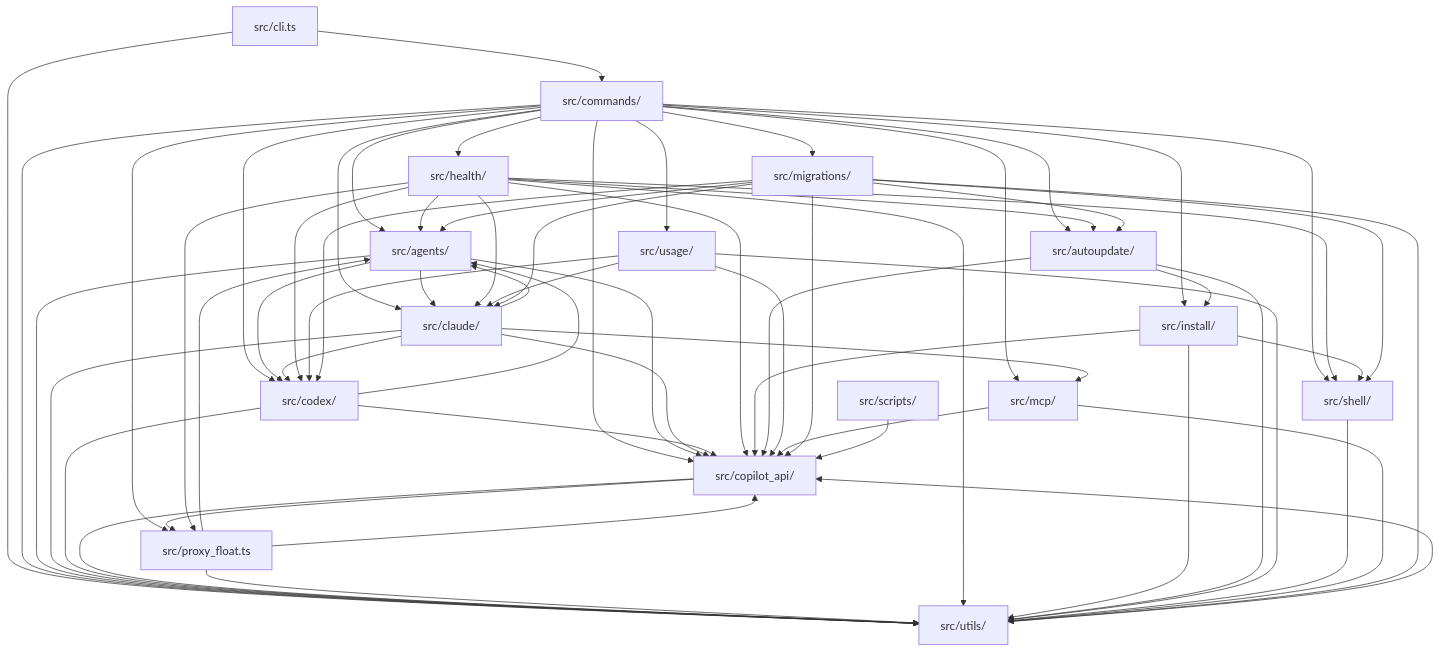
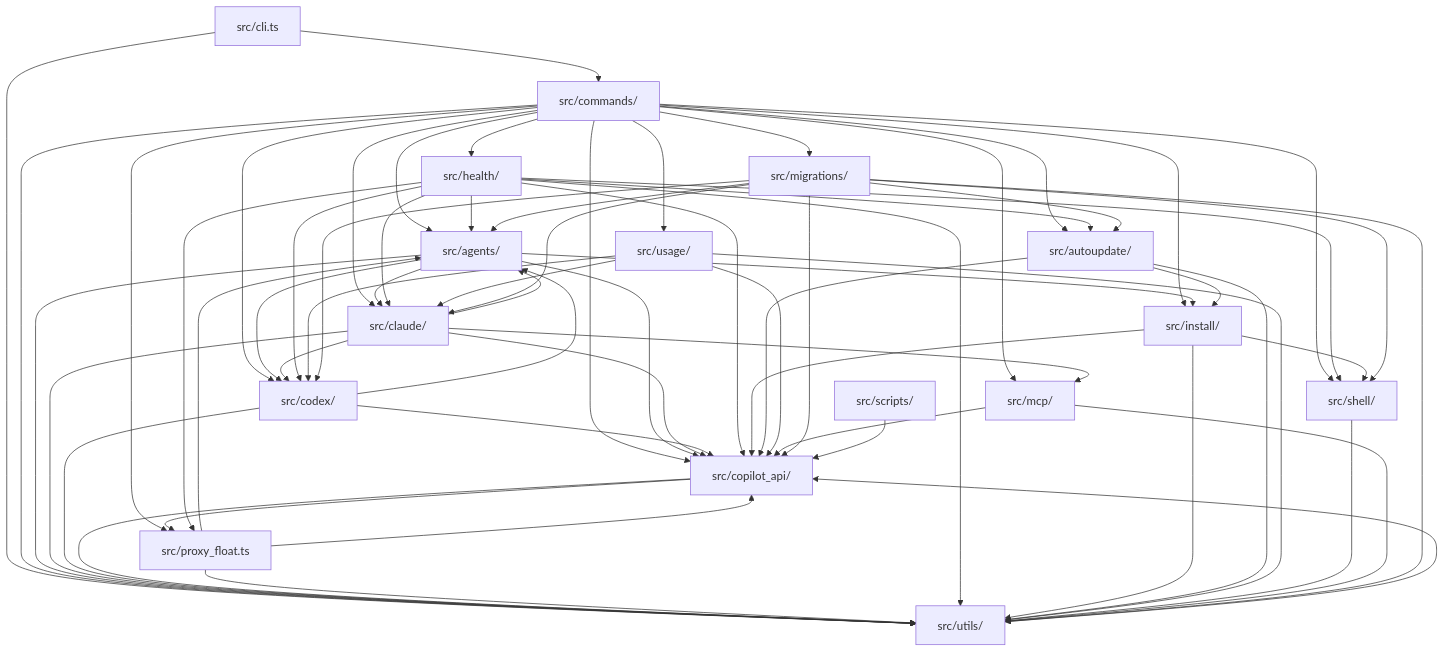
One commit to Vivswan/copilot-env changed the eighth of 8 diagrams in docs/architecture.md. Above: the diagram before and after it, drawn with Mermaid. The commit also changed 67 other files, not shown here.

````diff
--- a/docs/architecture.md
+++ b/docs/architecture.md
@@ -296,81 +296,82 @@
 ```mermaid
 graph TD
   cli["src/cli.ts"]
   commands["src/commands/"]
   agents["src/agents/"]
   claude["src/claude/"]
   codex["src/codex/"]
   copilot_api["src/copilot_api/"]
   proxy_float["src/proxy_float.ts"]
   health["src/health/"]
   install["src/install/"]
   autoupdate["src/autoupdate/"]
   usage["src/usage/"]
   shell["src/shell/"]
   mcp["src/mcp/"]
   migrations["src/migrations/"]
   scripts["src/scripts/"]
   utils["src/utils/"]
   cli --> commands
   cli --> utils
   commands --> agents
   commands --> autoupdate
   commands --> claude
   commands --> codex
   commands --> copilot_api
   commands --> health
   commands --> install
   commands --> mcp
   commands --> migrations
   commands --> proxy_float
   commands --> shell
   commands --> usage
   commands --> utils
   agents --> claude
   agents --> codex
   agents --> copilot_api
+  agents --> install
   agents --> utils
   claude --> agents
   claude --> codex
   claude --> copilot_api
   claude --> mcp
   claude --> utils
   codex --> agents
   codex --> copilot_api
   codex --> utils
   copilot_api --> proxy_float
   copilot_api --> utils
   proxy_float --> agents
   proxy_float --> copilot_api
   proxy_float --> utils
   health --> agents
   health --> autoupdate
   health --> claude
   health --> codex
   health --> copilot_api
   health --> proxy_float
   health --> shell
   health --> utils
   install --> copilot_api
   install --> shell
   install --> utils
   autoupdate --> copilot_api
   autoupdate --> install
   autoupdate --> utils
   usage --> claude
   usage --> codex
   usage --> copilot_api
   usage --> utils
   shell --> utils
   mcp --> copilot_api
   mcp --> utils
   migrations --> agents
   migrations --> autoupdate
   migrations --> claude
   migrations --> codex
   migrations --> copilot_api
   migrations --> shell
   migrations --> utils
   scripts --> copilot_api
   utils --> copilot_api
 ```
````
